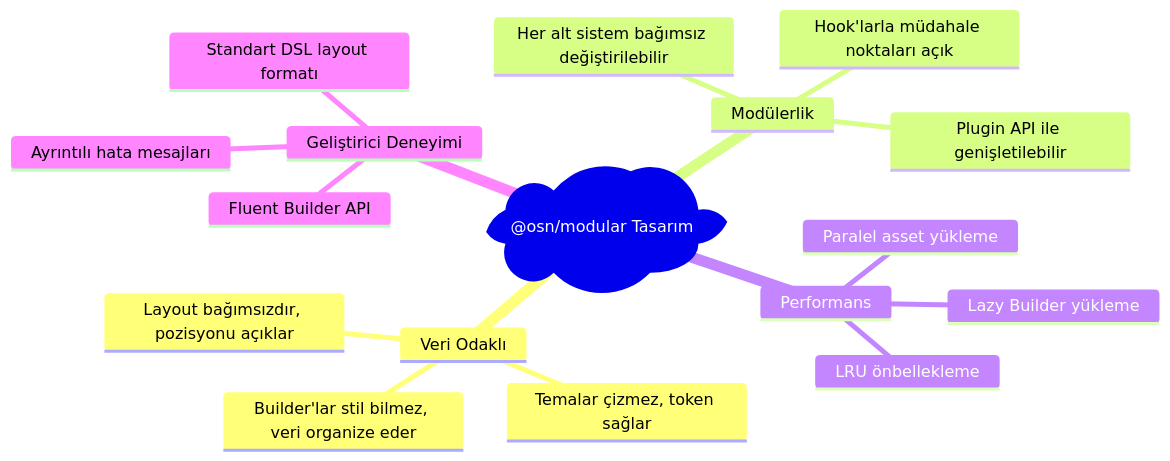
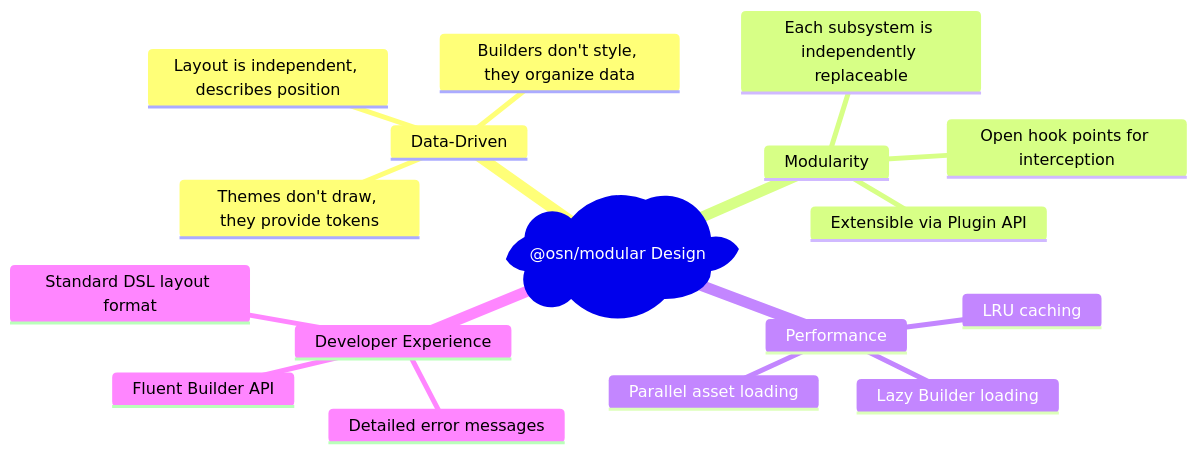
One commit to ManyMQ/modular changed the ninth of 9 diagrams in docs/core-concepts/system-architecture.md. Above: the diagram before and after it, drawn with Mermaid. The commit also changed other lines of this file, not shown here.

First line of the commit message:
Docs: Add system architecture overview with diagrams

````diff
--- a/docs/core-concepts/system-architecture.md
+++ b/docs/core-concepts/system-architecture.md
@@ -297,20 +297,20 @@
 ```mermaid
 mindmap
-  root)@osn/modular Tasarım(
-    Veri Odaklı
-      Temalar çizmez, token sağlar
-      Builder'lar stil bilmez, veri organize eder
-      Layout bağımsızdır, pozisyonu açıklar
-    Modülerlik
-      Her alt sistem bağımsız değiştirilebilir
-      Plugin API ile genişletilebilir
-      Hook'larla müdahale noktaları açık
-    Performans
-      LRU önbellekleme
-      Paralel asset yükleme
-      Lazy Builder yükleme
-    Geliştirici Deneyimi
+  root)@osn/modular Design(
+    Data-Driven
+      Themes don't draw, they provide tokens
+      Builders don't style, they organize data
+      Layout is independent, describes position
+    Modularity
+      Each subsystem is independently replaceable
+      Extensible via Plugin API
+      Open hook points for interception
+    Performance
+      LRU caching
+      Parallel asset loading
+      Lazy Builder loading
+    Developer Experience
       Fluent Builder API
-      Standart DSL layout formatı
-      Ayrıntılı hata mesajları
+      Standard DSL layout format
+      Detailed error messages
 ```
````
